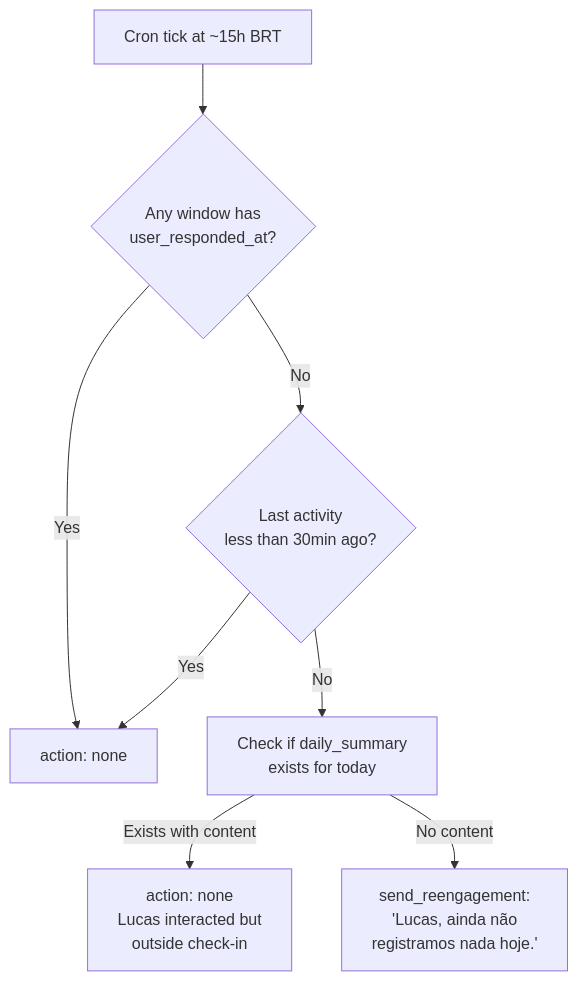
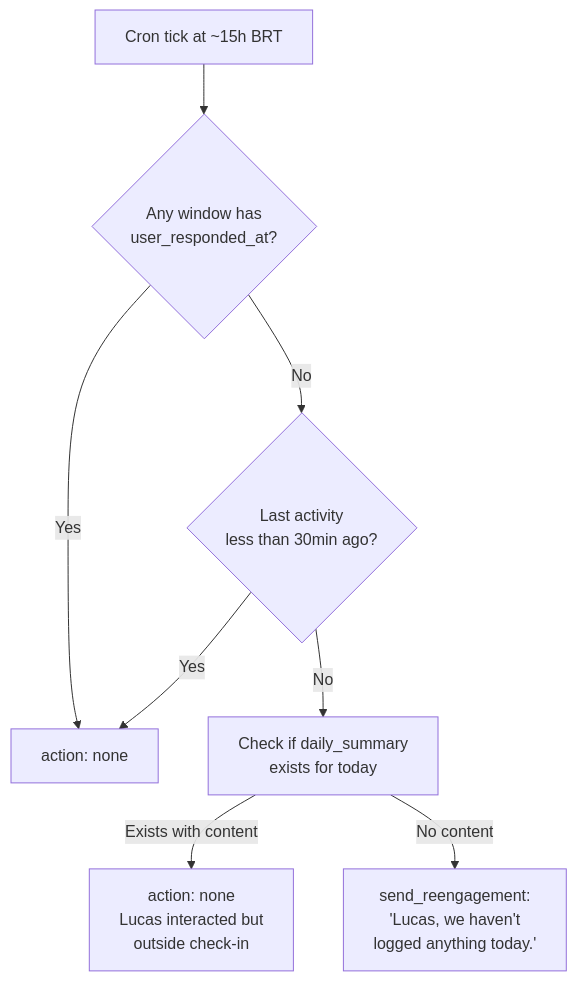
One commit to augustoolucas/hermes-config changed the eighth of 11 diagrams in hermes-data/docs/ACCOUNTABILITY-FLOW.md. Above: the diagram before and after it, drawn with Mermaid. The commit also changed other lines of this file, not shown here.

First line of the commit message:
docs: ACCOUNTABILITY-FLOW.md — complete architecture doc (EN)

````diff
--- a/hermes-data/docs/ACCOUNTABILITY-FLOW.md
+++ b/hermes-data/docs/ACCOUNTABILITY-FLOW.md
@@ -288,10 +411,10 @@
 ```mermaid
 flowchart TD
     A[Cron tick at ~15h BRT] --> B{Any window has<br/>user_responded_at?}
     B -->|Yes| Z[action: none]
     B -->|No| C{Last activity<br/>less than 30min ago?}
     C -->|Yes| Z
     C -->|No| D[Check if daily_summary<br/>exists for today]
     D -->|Exists with content| E[action: none<br/>Lucas interacted but<br/>outside check-in]
-    D -->|No content| F[send_reengagement:<br/>'Lucas, ainda não<br/>registramos nada hoje.']
+    D -->|No content| F[send_reengagement:<br/>'Lucas, we haven't<br/>logged anything today.']
 ```
````
